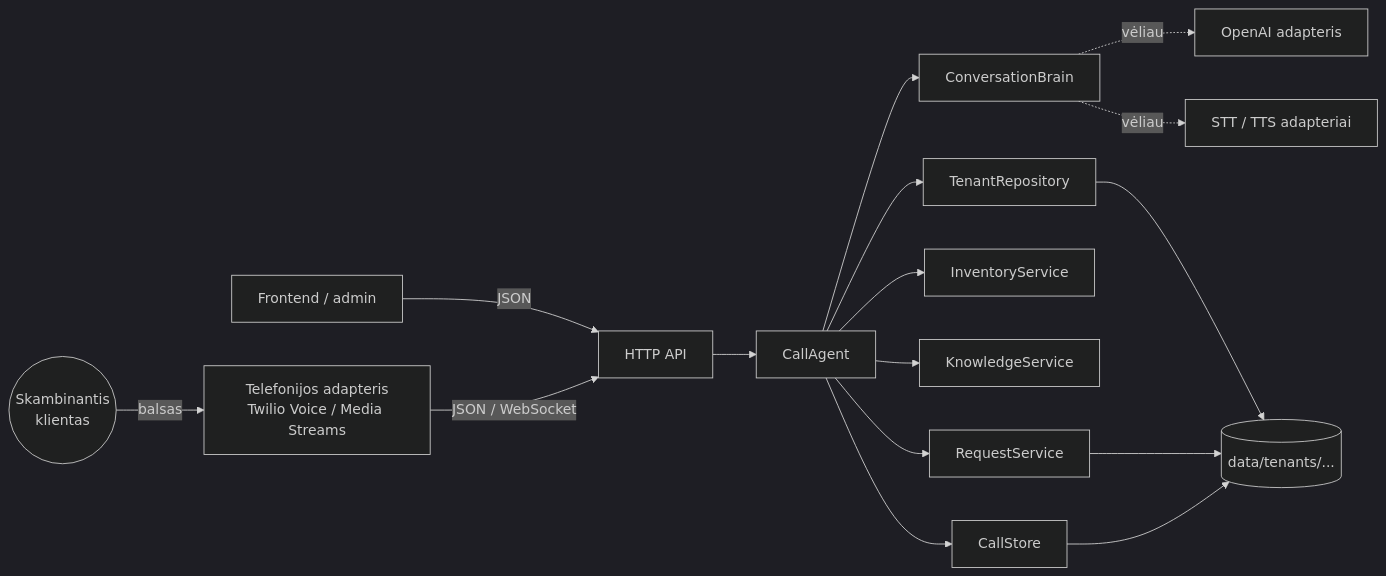
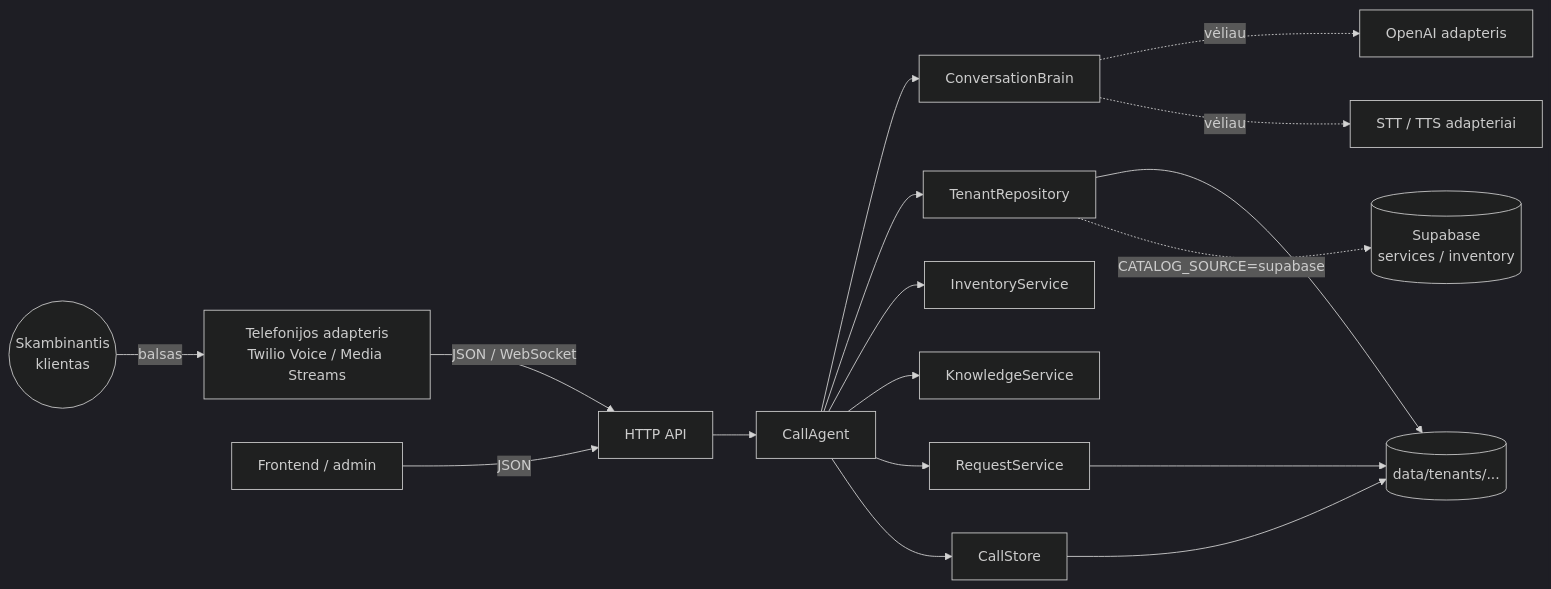
Before and after one commit to negustascook-star/chatcall: the first of 4 diagrams in docs/ARCHITECTURE.md, drawn with Mermaid (dark theme). The commit also changed other lines of this file and 16 other files, not shown here.

Commit message:
feat: integrate Supabase service and inventory catalog

````diff
--- a/docs/ARCHITECTURE.md
+++ b/docs/ARCHITECTURE.md
@@ -22,18 +22,19 @@
 ```mermaid
 flowchart LR
     Caller((Skambinantis<br/>klientas)) -->|balsas| Telephony[Telefonijos adapteris<br/>Twilio Voice / Media Streams]
     Frontend[Frontend / admin] -->|JSON| API[HTTP API]
     Telephony -->|JSON / WebSocket| API
     API --> Agent[CallAgent]
     Agent --> Brain[ConversationBrain]
     Agent --> Tenants[TenantRepository]
     Agent --> Inventory[InventoryService]
     Agent --> Knowledge[KnowledgeService]
     Agent --> Requests[RequestService]
     Agent --> Calls[CallStore]
     Tenants --> Files[(data/tenants/...)]
+    Tenants -.->|CATALOG_SOURCE=supabase| Supa[(Supabase<br/>services / inventory)]
     Requests --> Files
     Calls --> Files
     Brain -.->|vėliau| LLM[OpenAI adapteris]
     Brain -.->|vėliau| Speech[STT / TTS adapteriai]
 ```
````
